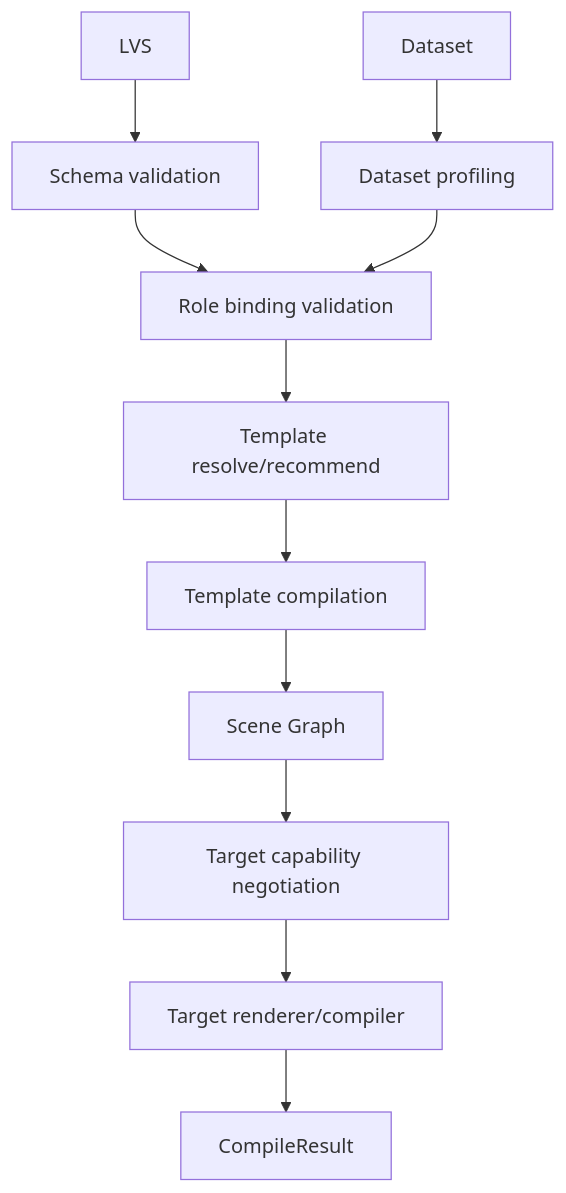
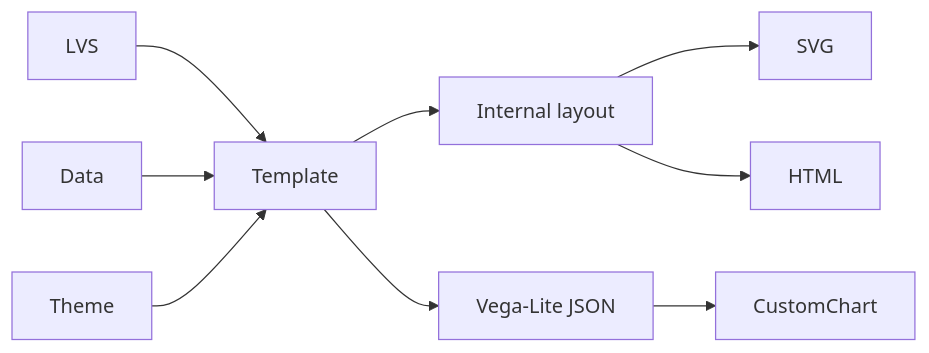
The fifth of 7 diagrams in docs/rfc-visualization-platform.md (yu-iskw/lightdash-tools), drawn with Mermaid before and after one commit. The commit also changed other lines of this file, not shown here.

````diff
--- a/docs/rfc-visualization-platform.md
+++ b/docs/rfc-visualization-platform.md
@@ -817,13 +571,11 @@
 ```mermaid
-flowchart TB
-    Spec[LVS] --> Validate[Schema validation]
-    Data[Dataset] --> Profile[Dataset profiling]
-    Validate --> Bind[Role binding validation]
-    Profile --> Bind
-    Bind --> Template[Template resolve/recommend]
-    Template --> Compile[Template compilation]
-    Compile --> Scene[Scene Graph]
-    Scene --> Capability[Target capability negotiation]
-    Capability --> Render[Target renderer/compiler]
-    Render --> Result[CompileResult]
+flowchart LR
+    LVS --> T[Template]
+    Data --> T
+    Theme --> T
+    T --> Layout[Internal layout]
+    T --> VL[Vega-Lite JSON]
+    Layout --> SVG
+    Layout --> HTML
+    VL --> CustomChart
 ```
````
